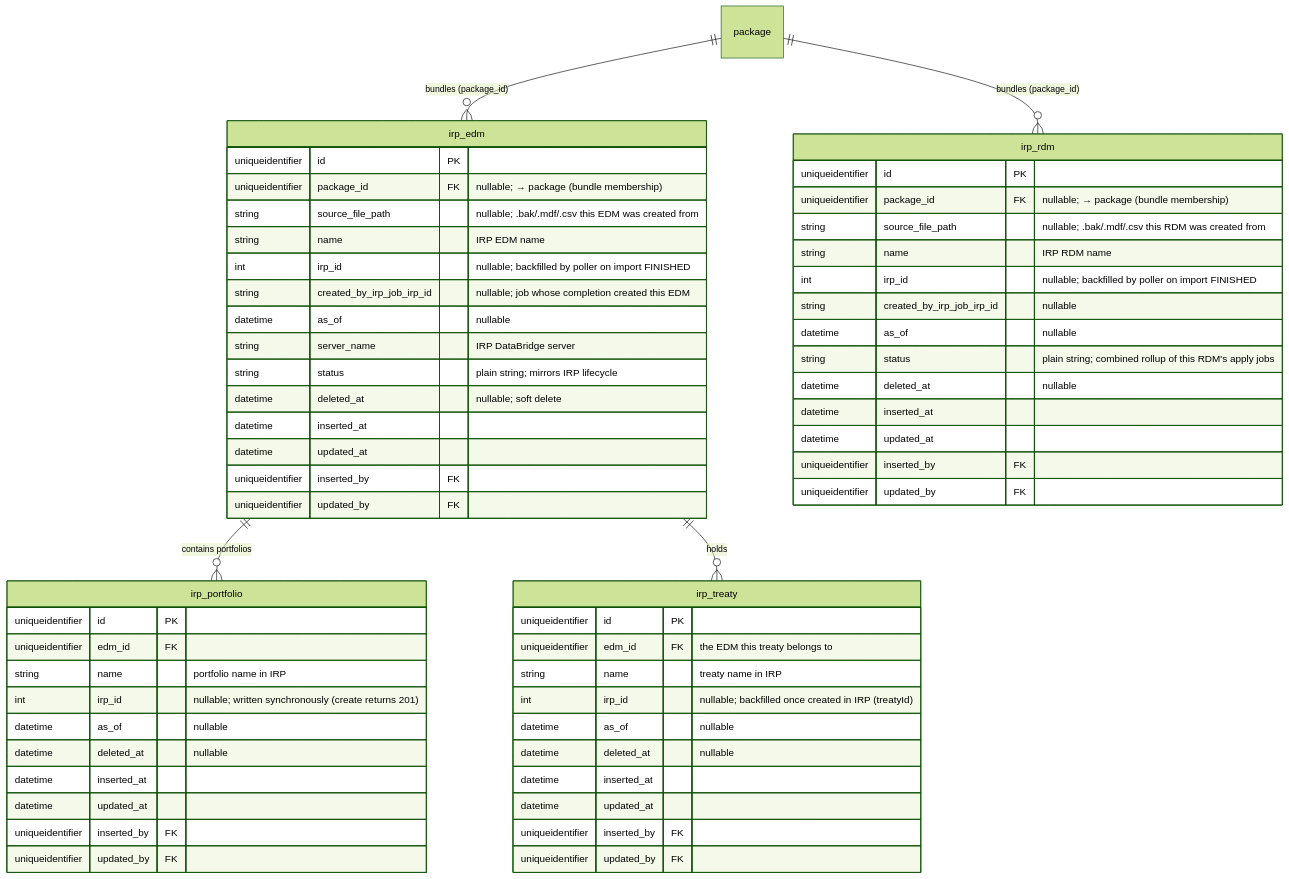
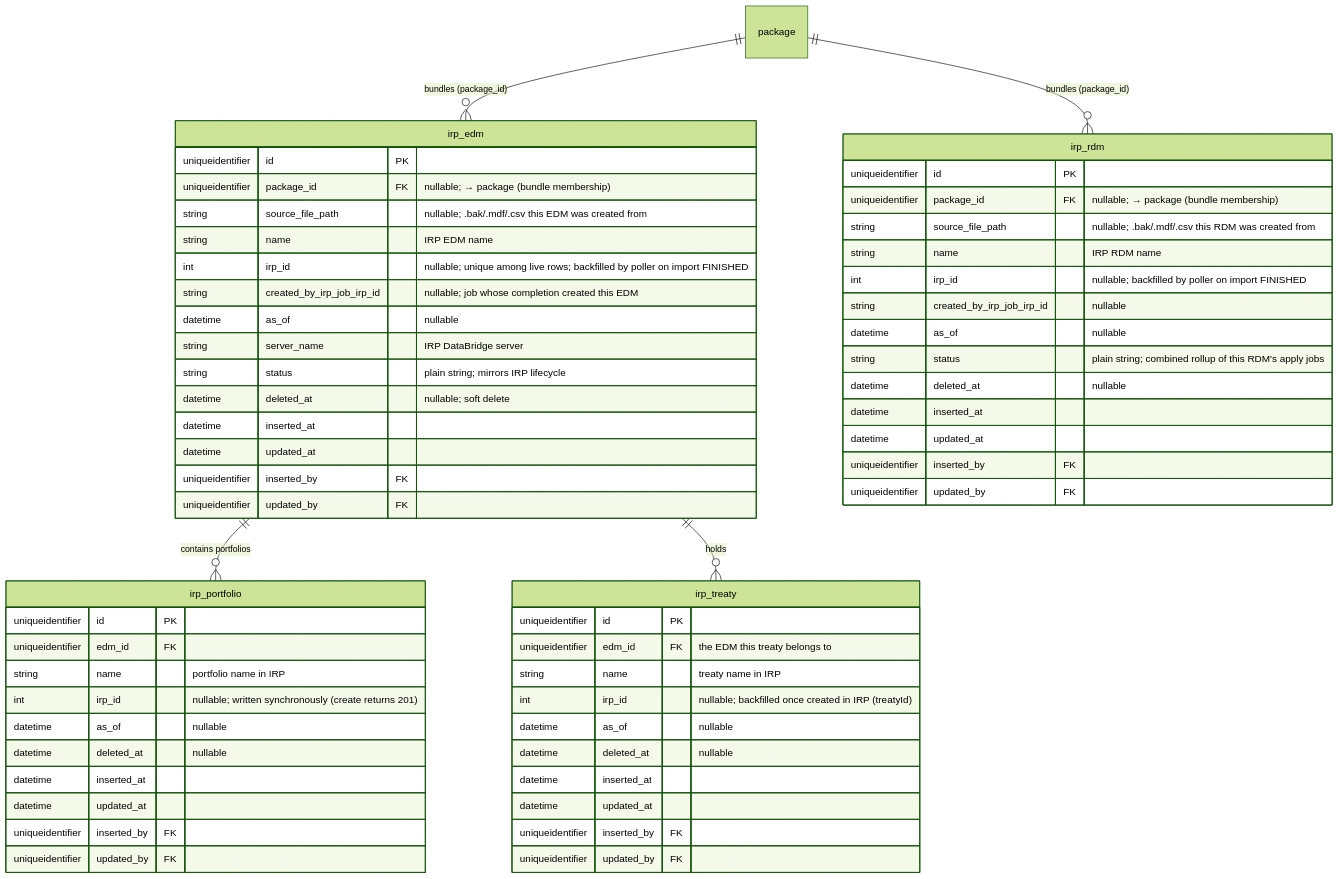
Before and after one commit to anilvenugopal/risk-workbench: the third of 9 diagrams in docs/DATA_MODEL.md, drawn with Mermaid (forest theme). The commit also changed 8 other files, not shown here.

````diff
--- a/docs/DATA_MODEL.md
+++ b/docs/DATA_MODEL.md
@@ -191,63 +191,63 @@
 ```mermaid
 erDiagram
   package ||--o{ irp_edm : "bundles (package_id)"
   package ||--o{ irp_rdm : "bundles (package_id)"
   irp_edm ||--o{ irp_portfolio : "contains portfolios"
   irp_edm ||--o{ irp_treaty : holds
 
   irp_edm {
     uniqueidentifier id PK
     uniqueidentifier package_id FK "nullable; → package (bundle membership)"
     string source_file_path "nullable; .bak/.mdf/.csv this EDM was created from"
     string name "IRP EDM name"
-    int irp_id "nullable; backfilled by poller on import FINISHED"
+    int irp_id "nullable; unique among live rows; backfilled by poller on import FINISHED"
     string created_by_irp_job_irp_id "nullable; job whose completion created this EDM"
     datetime as_of "nullable"
     string server_name "IRP DataBridge server"
     string status "plain string; mirrors IRP lifecycle"
     datetime deleted_at "nullable; soft delete"
     datetime inserted_at
     datetime updated_at
     uniqueidentifier inserted_by FK
     uniqueidentifier updated_by FK
   }
   irp_rdm {
     uniqueidentifier id PK
     uniqueidentifier package_id FK "nullable; → package (bundle membership)"
     string source_file_path "nullable; .bak/.mdf/.csv this RDM was created from"
     string name "IRP RDM name"
     int irp_id "nullable; backfilled by poller on import FINISHED"
     string created_by_irp_job_irp_id "nullable"
     datetime as_of "nullable"
     string status "plain string; combined rollup of this RDM's apply jobs"
     datetime deleted_at "nullable"
     datetime inserted_at
     datetime updated_at
     uniqueidentifier inserted_by FK
     uniqueidentifier updated_by FK
   }
   irp_portfolio {
     uniqueidentifier id PK
     uniqueidentifier edm_id FK
     string name "portfolio name in IRP"
     int irp_id "nullable; written synchronously (create returns 201)"
     datetime as_of "nullable"
     datetime deleted_at "nullable"
     datetime inserted_at
     datetime updated_at
     uniqueidentifier inserted_by FK
     uniqueidentifier updated_by FK
   }
   irp_treaty {
     uniqueidentifier id PK
     uniqueidentifier edm_id FK "the EDM this treaty belongs to"
     string name "treaty name in IRP"
     int irp_id "nullable; backfilled once created in IRP (treatyId)"
     datetime as_of "nullable"
     datetime deleted_at "nullable"
     datetime inserted_at
     datetime updated_at
     uniqueidentifier inserted_by FK
     uniqueidentifier updated_by FK
   }
 ```
````
